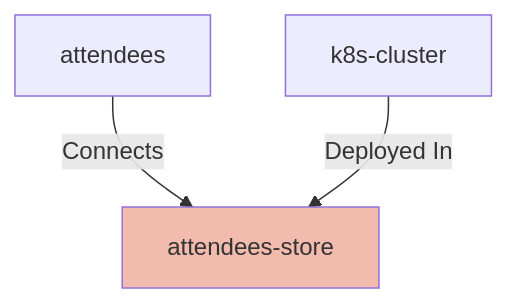
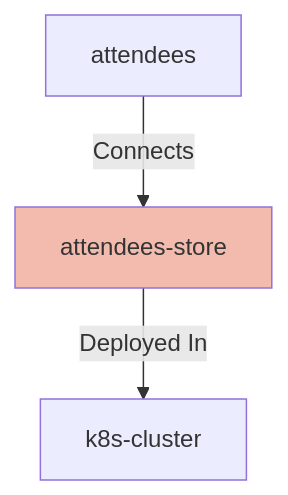
Before and after one commit to finos/architecture-as-code: the diagram in cli/test_fixtures/getting-started/STEP-2/website/docs/nodes/attendees-store.md, drawn with Mermaid. The commit also changed other lines of this file and 128 other files, not shown here.

````diff
--- a/cli/test_fixtures/getting-started/STEP-2/website/docs/nodes/attendees-store.md
+++ b/cli/test_fixtures/getting-started/STEP-2/website/docs/nodes/attendees-store.md
@@ -115,8 +61,7 @@
 ```mermaid
 graph TD;
 attendees-store[attendees-store]:::highlight;
 attendees -- Connects --> attendees-store;
-k8s-cluster -- Deployed In --> attendees-store;
+attendees-store -- Deployed In --> k8s-cluster;
 classDef highlight fill:#f2bbae;
-
 ```
````
